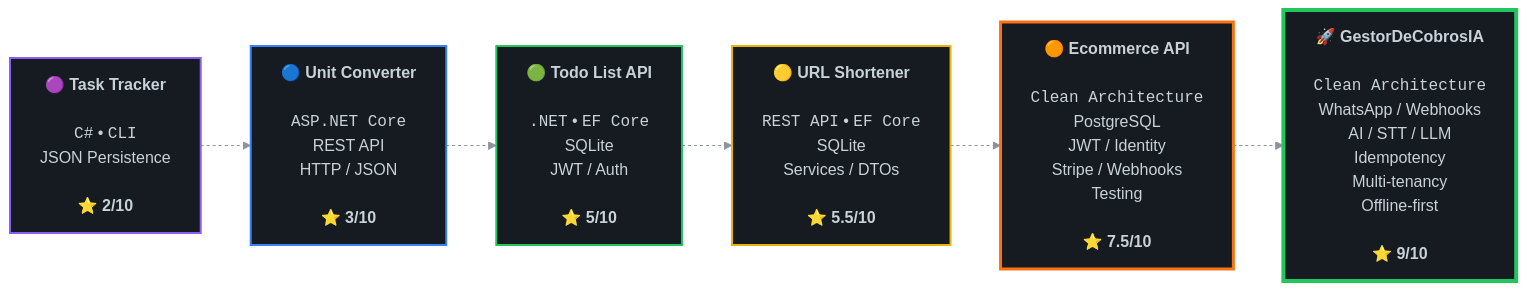
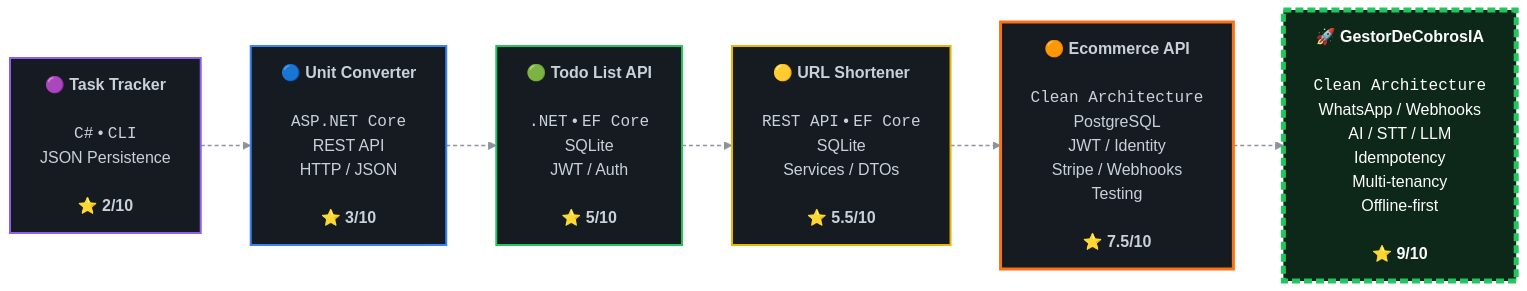
Before and after one commit to FedericoN22/FedericoN22: the diagram in README.md, drawn with Mermaid. The commit also changed other lines of this file, not shown here.

Commit message:
Revise README links and card styles
Updated links and styles in the README file for better navigation and visual consistency.

````diff
--- a/README.md
+++ b/README.md
@@ -5,27 +5,30 @@
 ```mermaid
 flowchart LR
     A["🟣 <b>Task Tracker</b><br/><br/><code>C#</code> • <code>CLI</code><br/>JSON Persistence<br/><br/><b>⭐ 2/10</b>"]
     --> B["🔵 <b>Unit Converter</b><br/><br/><code>ASP.NET Core</code><br/>REST API<br/>HTTP / JSON<br/><br/><b>⭐ 3/10</b>"]
     --> C["🟢 <b>Todo List API</b><br/><br/><code>.NET</code> • <code>EF Core</code><br/>SQLite<br/>JWT / Auth<br/><br/><b>⭐ 5/10</b>"]
     --> D["🟡 <b>URL Shortener</b><br/><br/><code>REST API</code> • <code>EF Core</code><br/>SQLite<br/>Services / DTOs<br/><br/><b>⭐ 5.5/10</b>"]
     --> E["🟠 <b>Ecommerce API</b><br/><br/><code>Clean Architecture</code><br/>PostgreSQL<br/>JWT / Identity<br/>Stripe / Webhooks<br/>Testing<br/><br/><b>⭐ 7.5/10</b>"]
     --> F["🚀 <b>GestorDeCobrosIA</b><br/><br/><code>Clean Architecture</code><br/>WhatsApp / Webhooks<br/>AI / STT / LLM<br/>Idempotency<br/>Multi-tenancy<br/>Offline-first<br/><br/><b>⭐ 9/10</b>"]
 
-    %% Enlaces a tus repositorios (reemplaza los links)
-    click A "[https://github.com/tu-usuario/task-tracker](https://github.com/tu-usuario/task-tracker)" "Ir a Task Tracker"
-    click B "[https://github.com/tu-usuario/unit-converter](https://github.com/tu-usuario/unit-converter)" "Ir a Unit Converter"
-    click C "[https://github.com/tu-usuario/todo-list-api](https://github.com/tu-usuario/todo-list-api)" "Ir a Todo List API"
-    click D "[https://github.com/tu-usuario/url-shortener](https://github.com/tu-usuario/url-shortener)" "Ir a URL Shortener"
-    click E "[https://github.com/tu-usuario/ecommerce-api](https://github.com/tu-usuario/ecommerce-api)" "Ir a Ecommerce API"
-    click F "[https://github.com/tu-usuario/gestor-cobros-ia](https://github.com/tu-usuario/gestor-cobros-ia)" "Ir a GestorDeCobrosIA"
+    %% Links de navegación
+    click A "[https://github.com/tu-usuario/task-tracker](https://github.com/tu-usuario/task-tracker)" "Ver Task Tracker"
+    click B "[https://github.com/tu-usuario/unit-converter](https://github.com/tu-usuario/unit-converter)" "Ver Unit Converter"
+    click C "[https://github.com/tu-usuario/todo-list-api](https://github.com/tu-usuario/todo-list-api)" "Ver Todo List API"
+    click D "[https://github.com/tu-usuario/url-shortener](https://github.com/tu-usuario/url-shortener)" "Ver URL Shortener"
+    click E "[https://github.com/tu-usuario/ecommerce-api](https://github.com/tu-usuario/ecommerce-api)" "Ver Ecommerce API"
+    click F "[https://github.com/tu-usuario/gestor-cobros-ia](https://github.com/tu-usuario/gestor-cobros-ia)" "Ver GestorDeCobrosIA"
 
-    %% Estilos de bordes, fondos y colores de flechas
+    %% Estilos de las tarjetas
     style A fill:#161b22,color:#c9d1d9,stroke:#8b5cf6,stroke-width:2px
     style B fill:#161b22,color:#c9d1d9,stroke:#3b82f6,stroke-width:2px
     style C fill:#161b22,color:#c9d1d9,stroke:#22c55e,stroke-width:2px
     style D fill:#161b22,color:#c9d1d9,stroke:#eab308,stroke-width:2px
     style E fill:#161b22,color:#c9d1d9,stroke:#f97316,stroke-width:3px
-    style F fill:#161b22,color:#c9d1d9,stroke:#22c55e,stroke-width:4px
     
-    linkStyle default stroke:#8b949e,stroke-width:1px,stroke-dasharray: 3 3
+    %% Nodo Destacado con Pulso / Borde Animado (GestorDeCobrosIA)
+    style F fill:#0d2818,color:#ffffff,stroke:#22c55e,stroke-width:5px,stroke-dasharray: 8 4
+
+    %% Estilo de conexiones
+    linkStyle default stroke:#8b949e,stroke-width:1.5px,stroke-dasharray: 4 3
 ```
````
